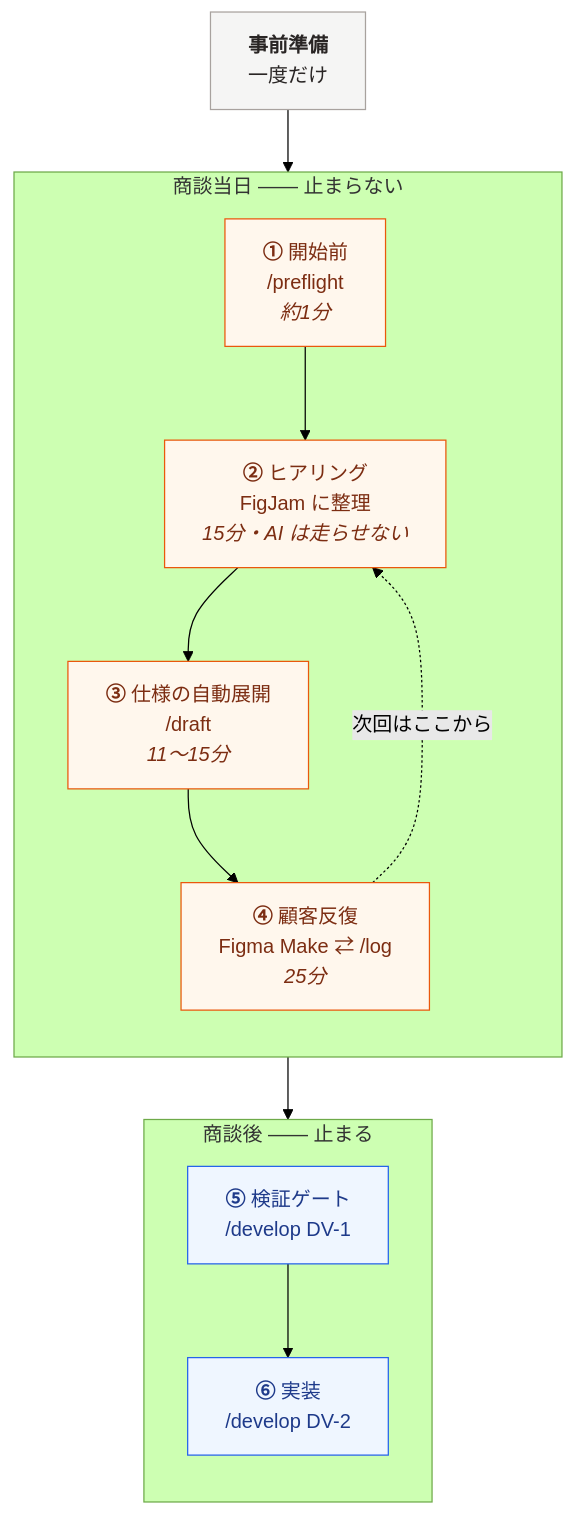
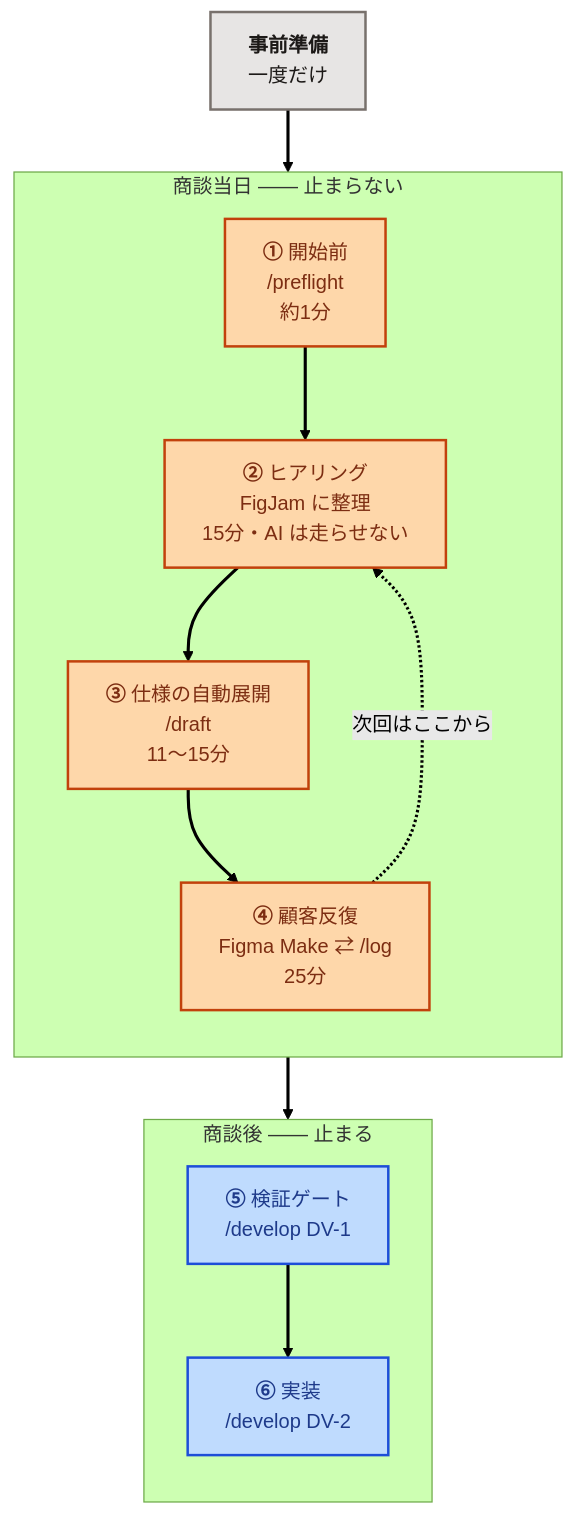
The first of 4 diagrams in WORKFLOW.md (daichi-kubokawa/prototyping-agents), drawn with Mermaid (forest theme) before and after one commit. The commit also changed other lines of this file and 6 other files, not shown here.

````diff
--- a/WORKFLOW.md
+++ b/WORKFLOW.md
@@ -26,28 +26,29 @@
 ```mermaid
 flowchart TD
     P["<b>事前準備</b><br/>一度だけ"]
 
     subgraph M["商談当日 ―― 止まらない"]
         direction TB
-        A["<b>①</b> 開始前<br/>/preflight<br/><i>約1分</i>"]
-        B["<b>②</b> ヒアリング<br/>FigJam に整理<br/><i>15分・AI は走らせない</i>"]
-        C["<b>③</b> 仕様の自動展開<br/>/draft<br/><i>11〜15分</i>"]
-        D["<b>④</b> 顧客反復<br/>Figma Make ⇄ /log<br/><i>25分</i>"]
+        A["<b>①</b> 開始前<br/>/preflight<br/>約1分"]
+        B["<b>②</b> ヒアリング<br/>FigJam に整理<br/>15分・AI は走らせない"]
+        C["<b>③</b> 仕様の自動展開<br/>/draft<br/>11〜15分"]
+        D["<b>④</b> 顧客反復<br/>Figma Make ⇄ /log<br/>25分"]
     end
 
     subgraph AF["商談後 ―― 止まる"]
         direction TB
         E["<b>⑤</b> 検証ゲート<br/>/develop DV-1"]
         F["<b>⑥</b> 実装<br/>/develop DV-2"]
     end
 
     P --> A --> B --> C --> D --> E --> F
     D -. 次回はここから .-> B
 
-    classDef prep fill:#F5F5F4,stroke:#A8A29E,stroke-width:1px,color:#292524
-    classDef live fill:#FFF7ED,stroke:#EA580C,stroke-width:1px,color:#7C2D12
-    classDef desk fill:#EFF6FF,stroke:#2563EB,stroke-width:1px,color:#1E3A8A
+    classDef prep fill:#E7E5E4,stroke:#78716C,stroke-width:2px,color:#1C1917
+    classDef live fill:#FED7AA,stroke:#C2410C,stroke-width:2px,color:#7C2D12
+    classDef desk fill:#BFDBFE,stroke:#1D4ED8,stroke-width:2px,color:#1E3A8A
     class P prep
     class A,B,C,D live
     class E,F desk
+    linkStyle default stroke-width:2.5px
 ```
````
